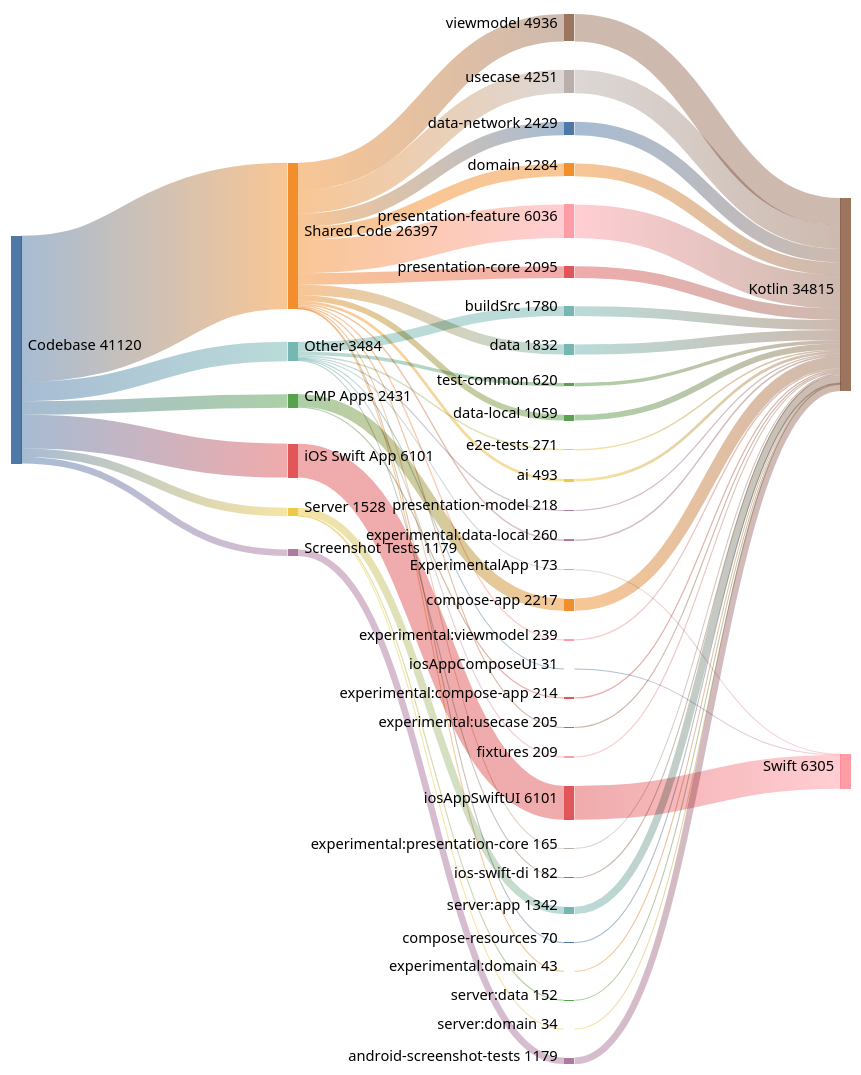
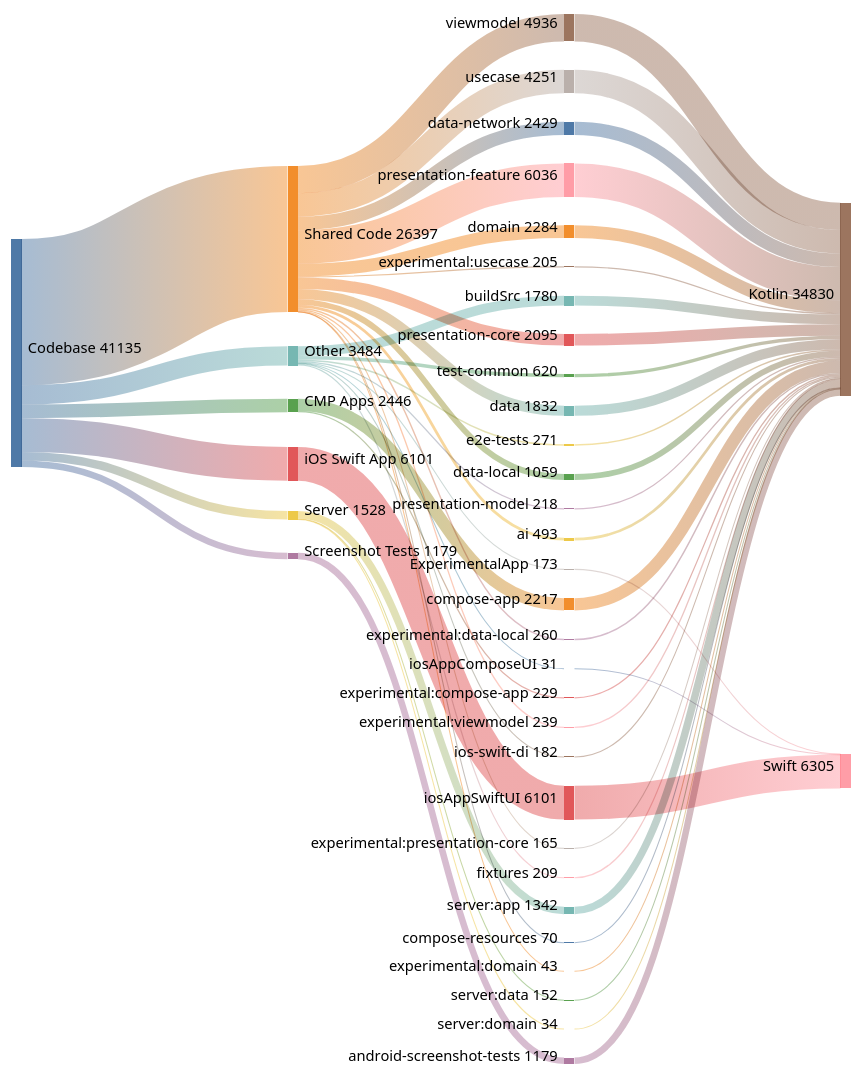
One commit to cartland/battery-butler changed the second of 2 diagrams in README.md. Above: the diagram before and after it, drawn with Mermaid (forest theme). The commit also changed 2 other files, not shown here.

Commit message:
docs(generated): Regenerate architecture diagrams and analysis (#997)

```diff
--- a/README.md
+++ b/README.md
@@ -216,7 +216,7 @@
 Codebase,Shared Code,26397
 Codebase,iOS Swift App,6101
 Codebase,Other,3484
-Codebase,CMP Apps,2431
+Codebase,CMP Apps,2446
 Codebase,Server,1528
 Codebase,Screenshot Tests,1179
 
@@ -248,7 +248,7 @@
 Other,iosAppComposeUI,31
 
 CMP Apps,compose-app,2217
-CMP Apps,experimental:compose-app,214
+CMP Apps,experimental:compose-app,229
 
 Server,server:app,1342
 Server,server:data,152
@@ -274,8 +274,8 @@
 e2e-tests,Kotlin,271
 experimental:data-local,Kotlin,260
 experimental:viewmodel,Kotlin,239
+experimental:compose-app,Kotlin,229
 presentation-model,Kotlin,218
-experimental:compose-app,Kotlin,214
 fixtures,Kotlin,209
 experimental:usecase,Kotlin,205
 ios-swift-di,Kotlin,182
```
